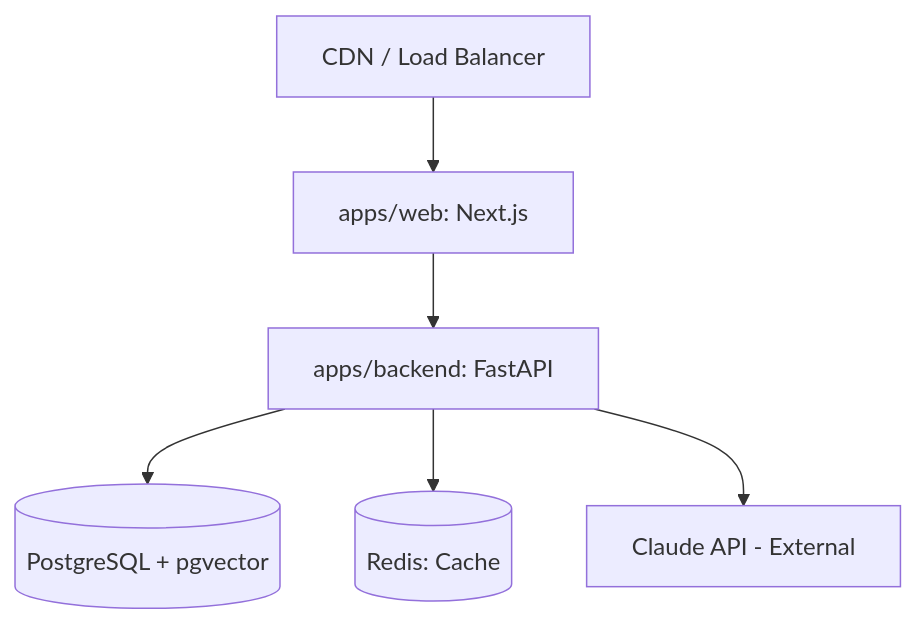
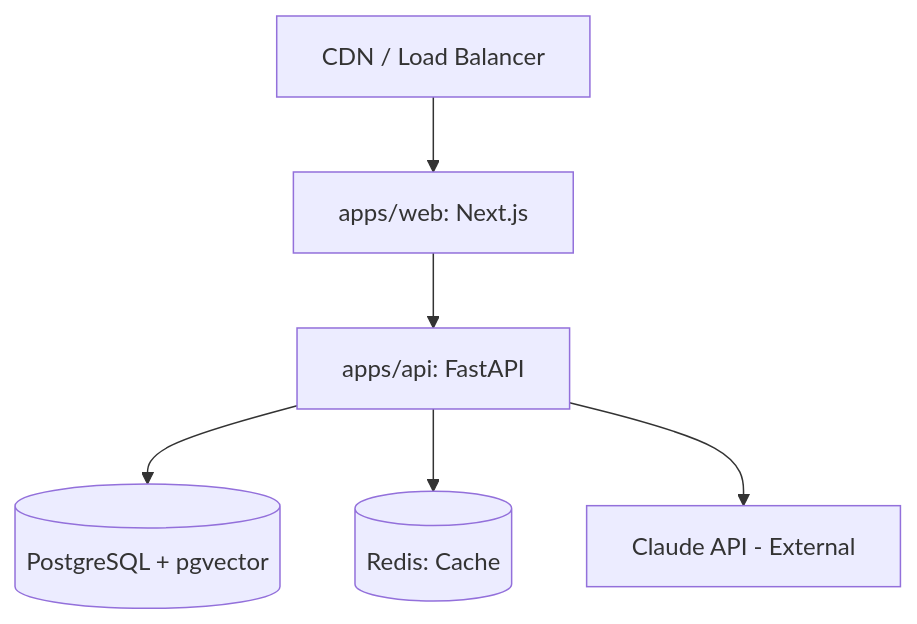
The diagram in docs/architecture/Service-Architecture.md (Driftloom/Vaeloom), drawn with Mermaid before and after one commit. The commit also changed other lines of this file and 730 other files, not shown here.

First line of the commit message:
refactor: rename apps/backend to apps/api + upgrade MVP-P02 prompt

````diff
--- a/docs/architecture/Service-Architecture.md
+++ b/docs/architecture/Service-Architecture.md
@@ -10,8 +10,8 @@
 ```mermaid
 graph TD
     LB[CDN / Load Balancer] --> Web[apps/web: Next.js]
-    Web --> API[apps/backend: FastAPI]
+    Web --> API[apps/api: FastAPI]
     API --> PG[(PostgreSQL + pgvector)]
     API --> Redis[(Redis: Cache)]
     API --> Claude[Claude API - External]
 ```
````
